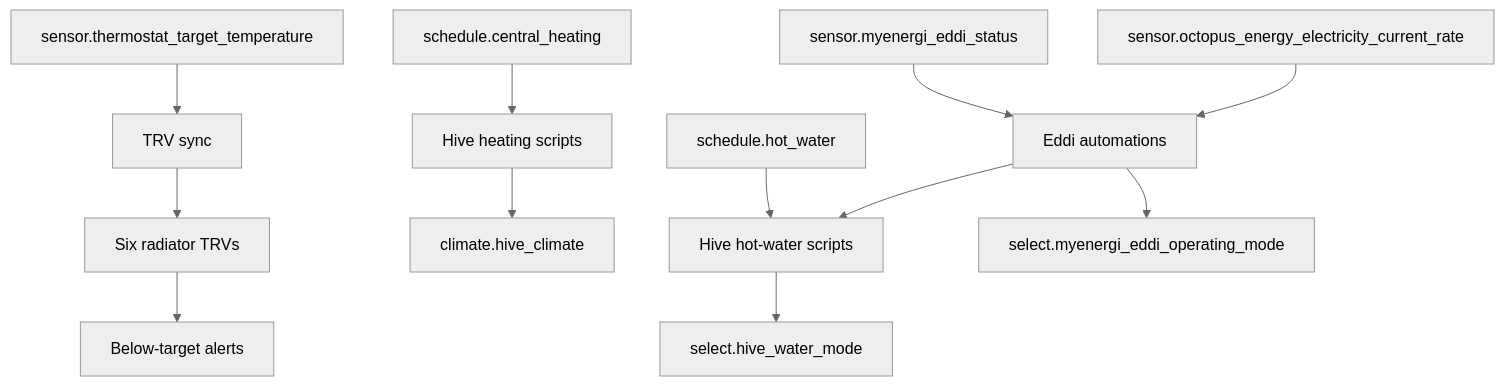
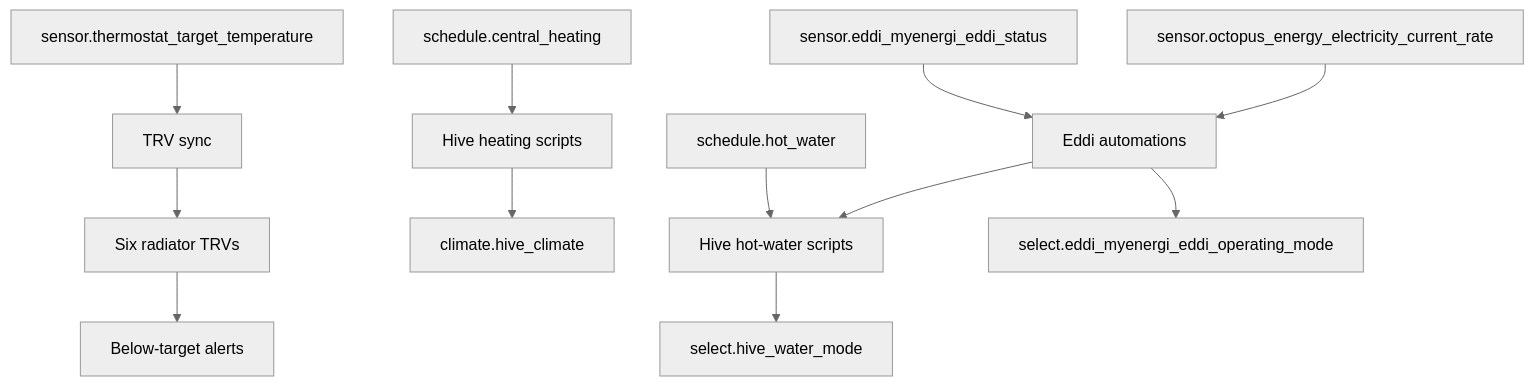
The first of 3 diagrams in packages/integrations/hvac/README.md (dannytsang/homeassistant-config), drawn with Mermaid (neutral theme) before and after one commit. The commit also changed 4 other files, not shown here.

````diff
--- a/packages/integrations/hvac/README.md
+++ b/packages/integrations/hvac/README.md
@@ -28,16 +28,16 @@
 ```mermaid
 flowchart TB
     HeatingSchedule[schedule.central_heating] --> HiveHeat[Hive heating scripts]
     HotWaterSchedule[schedule.hot_water] --> HiveWater[Hive hot-water scripts]
     HiveHeat --> Thermostat[climate.hive_climate]
     HiveWater --> WaterMode[select.hive_water_mode]
 
     ThermostatTarget[sensor.thermostat_target_temperature] --> TRVSync[TRV sync]
     TRVSync --> TRVs[Six radiator TRVs]
     TRVs --> RoomAlerts[Below-target alerts]
 
-    EddiStatus[sensor.myenergi_eddi_status] --> EddiLogic[Eddi automations]
+    EddiStatus[sensor.eddi_myenergi_eddi_status] --> EddiLogic[Eddi automations]
     OctopusRate[sensor.octopus_energy_electricity_current_rate] --> EddiLogic
-    EddiLogic --> EddiMode[select.myenergi_eddi_operating_mode]
+    EddiLogic --> EddiMode[select.eddi_myenergi_eddi_operating_mode]
     EddiLogic --> HiveWater
 ```
````
